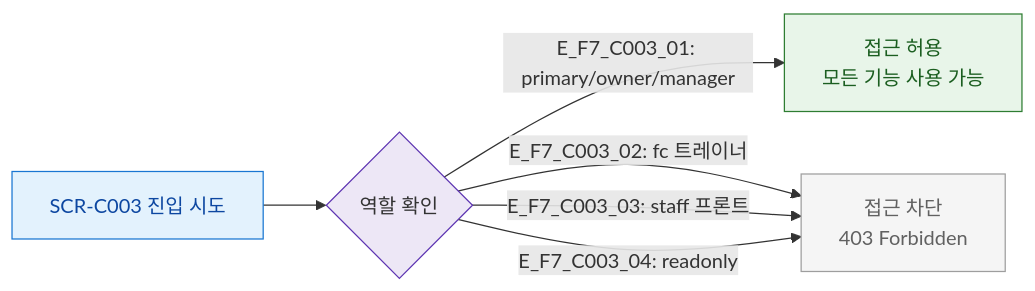
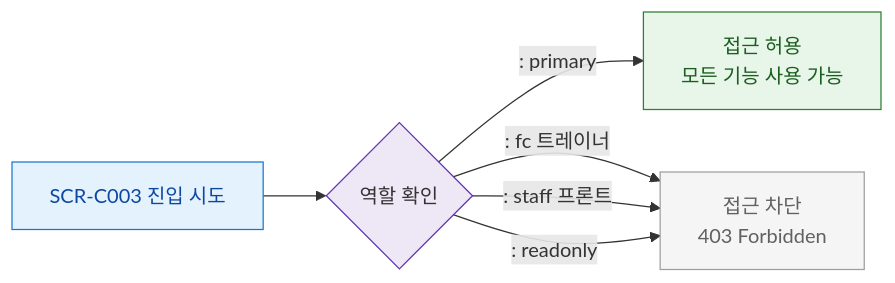
Before and after one commit to dev-spogym/admin-pando: the diagram in docs/다이어그램/D04_수업관리/SCR-C003_시간표일괄등록/F7_권한.md, drawn with Mermaid. The commit also changed other lines of this file and 1660 other files, not shown here.

First line of the commit message:
다이어그램: 기획자/클라이언트 납품본으로 정리

````diff
--- a/docs/다이어그램/D04_수업관리/SCR-C003_시간표일괄등록/F7_권한.md
+++ b/docs/다이어그램/D04_수업관리/SCR-C003_시간표일괄등록/F7_권한.md
@@ -20,17 +18,17 @@
 ```mermaid
 flowchart LR
   Enter[SCR-C003 진입 시도] --> RoleCheck{역할 확인}
-  RoleCheck -->|"E_F7_C003_01: primary/owner/manager"| Allowed[접근 허용\n모든 기능 사용 가능]
-  RoleCheck -->|"E_F7_C003_02: fc 트레이너"| Blocked[접근 차단\n403 Forbidden]
-  RoleCheck -->|"E_F7_C003_03: staff 프론트"| Blocked
-  RoleCheck -->|"E_F7_C003_04: readonly"| Blocked
+  RoleCheck -->|": primary"|Allowed[접근 허용\n모든 기능 사용 가능]
+  RoleCheck -->|": fc 트레이너"|Blocked[접근 차단\n403 Forbidden]
+  RoleCheck -->|": staff 프론트"|Blocked
+  RoleCheck -->|": readonly"|Blocked
 
   classDef screen fill:#E3F2FD,stroke:#1976D2,color:#0D47A1
   classDef system fill:#EDE7F6,stroke:#5E35B2
   classDef success fill:#E8F5E9,stroke:#2E7D32,color:#1B5E20
   classDef rbacBlocked fill:#F5F5F5,stroke:#9E9E9E,color:#616161
   class Enter screen
   class RoleCheck system
   class Allowed success
   class Blocked rbacBlocked
 ```
````
